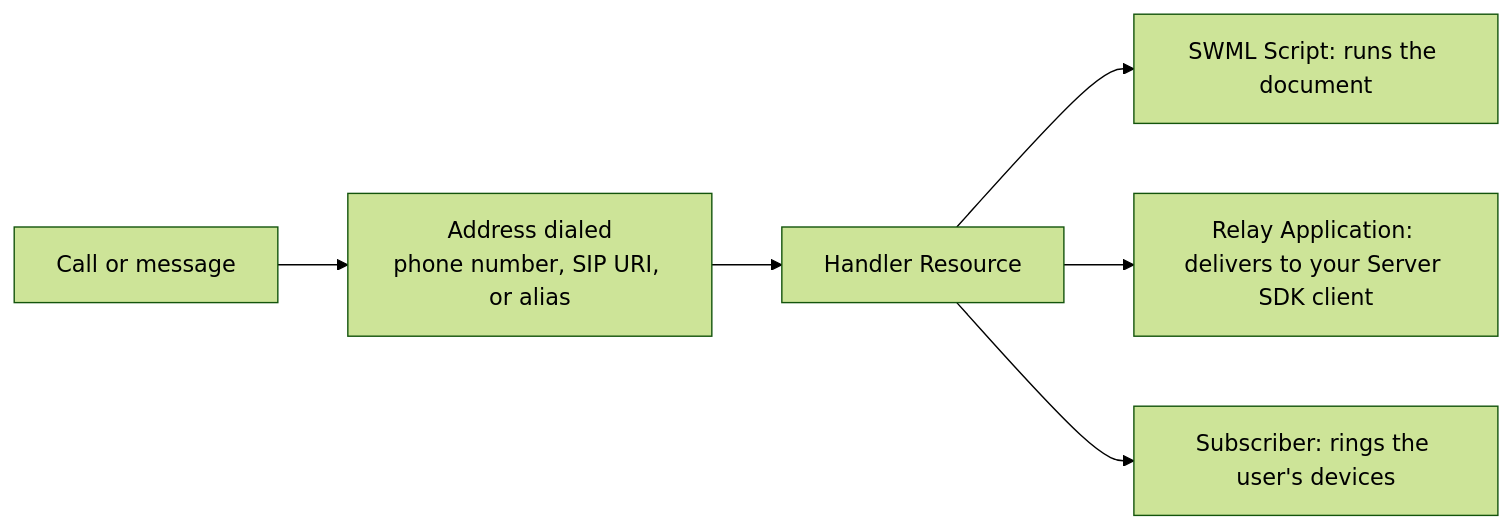
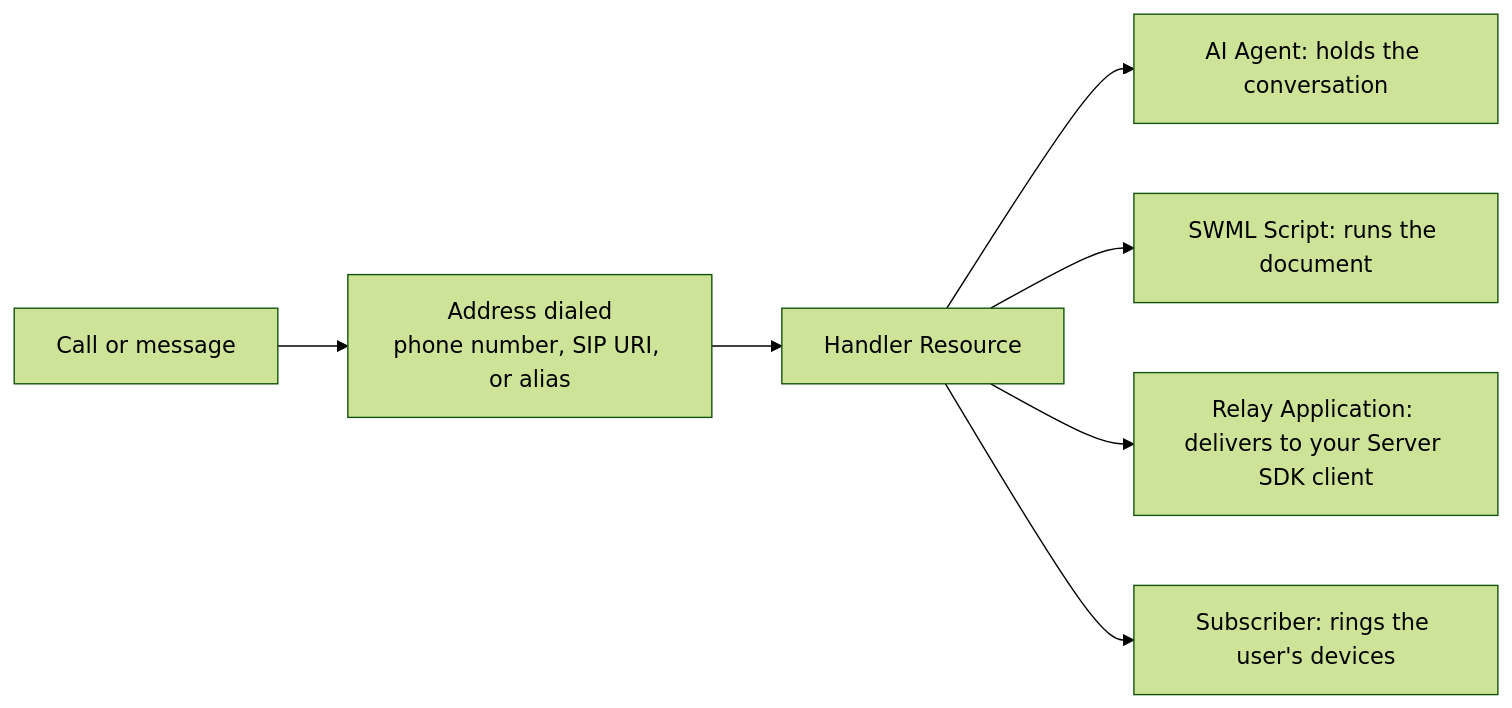
Before and after one commit to signalwire/docs: the diagram in fern/products/platform/pages/platform/call-fabric/addresses.mdx, drawn with Mermaid (forest theme). The commit also changed other lines of this file and 2 other files, not shown here.

````diff
--- a/fern/products/platform/pages/platform/call-fabric/addresses.mdx
+++ b/fern/products/platform/pages/platform/call-fabric/addresses.mdx
@@ -201,8 +49,9 @@
 ```mermaid
 flowchart LR
     caller["Call or message"] --> address["Address dialed<br/>phone number, SIP URI, or alias"]
     address --> handler["Handler Resource"]
+    handler --> agent["AI Agent: holds the conversation"]
     handler --> swml["SWML Script: runs the document"]
     handler --> relay["Relay Application: delivers to your Server SDK client"]
     handler --> subscriber["Subscriber: rings the user's devices"]
 ```
````
